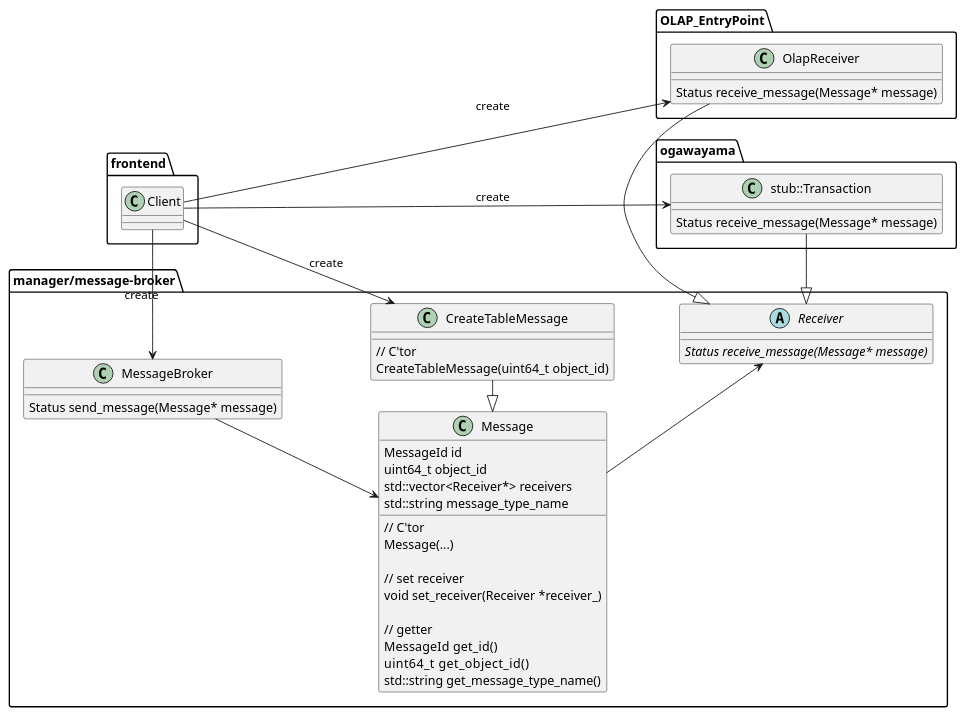
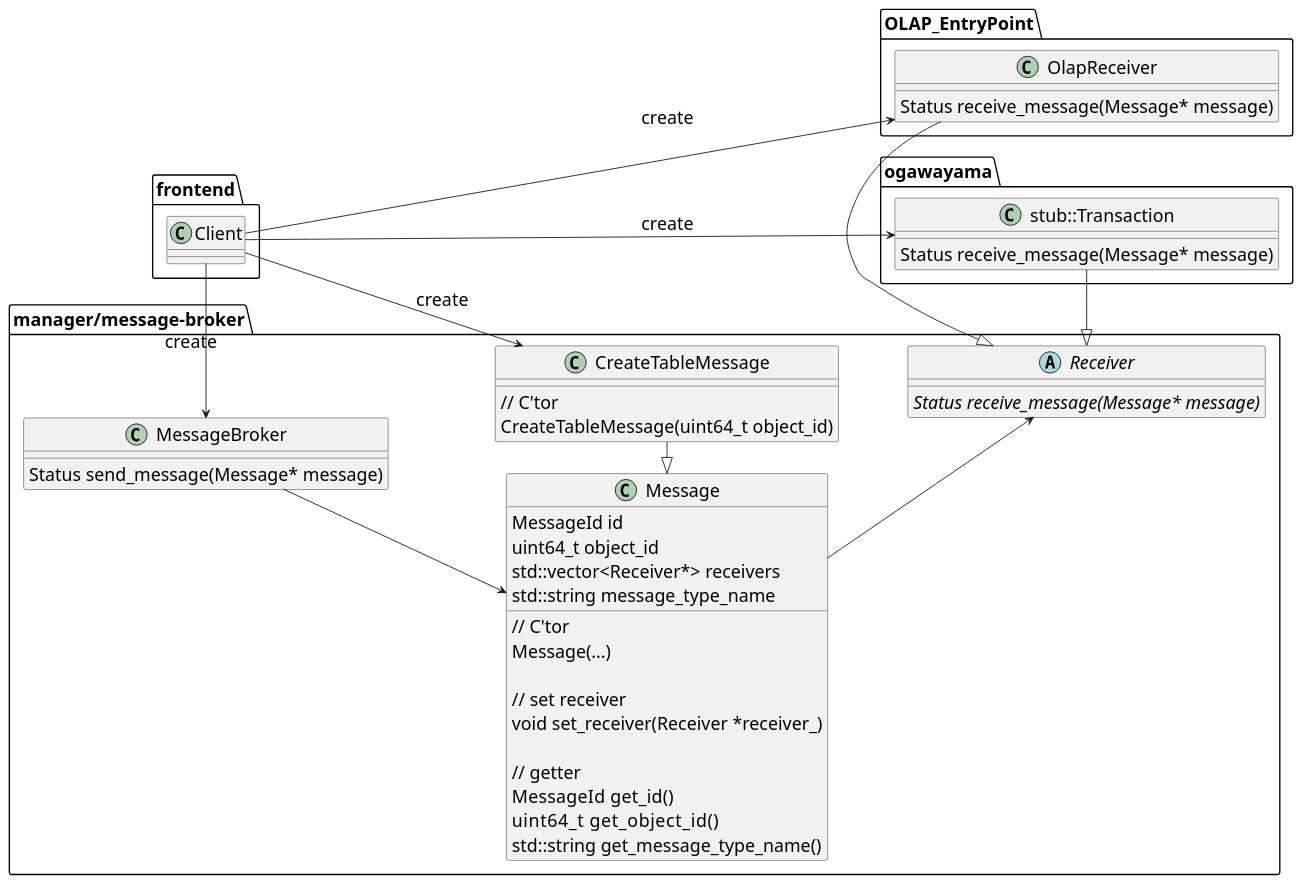
The diagram in docs/design/img/Command_detail.pu (project-tsurugi/tsurugi_fdw), drawn with PlantUML before and after one commit. The commit also changed 1 other file, not shown here.

Commit message:
Change font size of class diagram

```diff
--- a/docs/design/img/Command_detail.pu
+++ b/docs/design/img/Command_detail.pu
@@ -4,68 +4,69 @@
 @startuml Command_detail
 left to right direction
+skinparam defaultFontSize 20
 
 package "manager/message-broker" {
   abstract class Receiver {
     {abstract} Status receive_message(Message* message)
   }
 
   class Message{
   	{field}MessageId id　　　　　　
   	{field}uint64_t object_id　　
   	{field}std::vector<Receiver*> receivers
   	{field}std::string message_type_name
     {method}// C'tor
   	{method}Message(...)
     {method}
     {method}// set receiver
   	{method}void set_receiver(Receiver *receiver_)
     {method}
     {method}// getter
   	{method}MessageId  get_id()
   	{method}uint64_t    get_object_id()
   	{method}std::string get_message_type_name()
   }
 
   class CreateTableMessage {
     {method}// C'tor
   	{method}CreateTableMessage(uint64_t object_id)
   }
 
   class MessageBroker {
     {method}Status send_message(Message* message)
   }
 }
 
 package ogawayama {
   class "stub::Transaction" {
     {method}Status receive_message(Message* message)
   }
 }
 
 package OLAP_EntryPoint {
   class OlapReceiver {
     {method}Status receive_message(Message* message)
   }
 }
 
 package frontend {
   class Client {
   }
 
 }
 
 "stub::Transaction" -|> Receiver
 
 MessageBroker --> Message
 Message --> Receiver
 
 Message <|- CreateTableMessage
 
 Client --> CreateTableMessage : create
 Client -> "stub::Transaction" : create
 MessageBroker <- Client : create
 
 OlapReceiver -|> Receiver
 Client -> OlapReceiver : create
 
 @enduml
```
